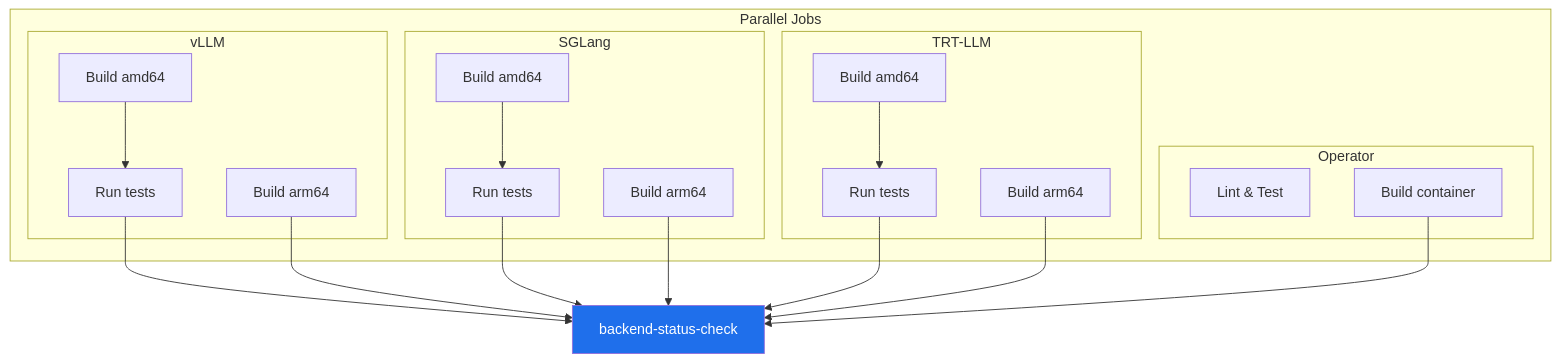
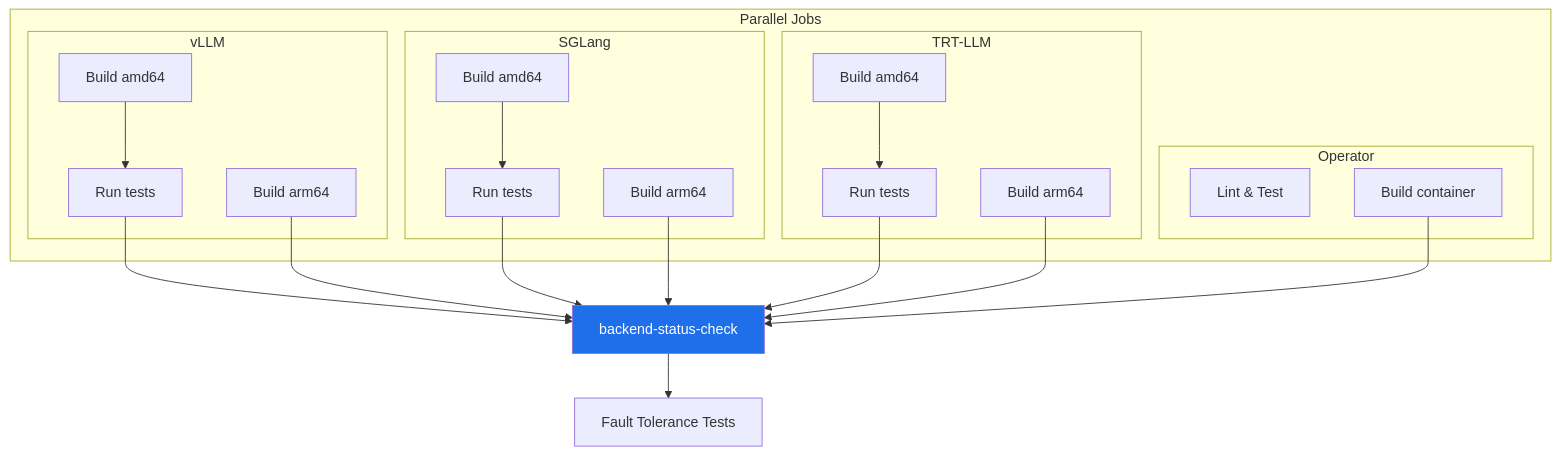
One commit to ai-dynamo/dynamo changed the third of 5 diagrams in .github/PR_WORKFLOW.md. Above: the diagram before and after it, drawn with Mermaid. The commit also changed other lines of this file and 2 other files, not shown here.

````diff
--- a/.github/PR_WORKFLOW.md
+++ b/.github/PR_WORKFLOW.md
@@ -74,28 +77,29 @@
 ```mermaid
 flowchart TD
     subgraph Parallel["Parallel Jobs"]
         subgraph vLLM["vLLM"]
             V1[Build amd64] --> V2[Run tests]
             V3[Build arm64]
         end
         
         subgraph SGLang["SGLang"]
             S1[Build amd64] --> S2[Run tests]
             S3[Build arm64]
         end
         
         subgraph TRT["TRT-LLM"]
             T1[Build amd64] --> T2[Run tests]
             T3[Build arm64]
         end
         
         subgraph Operator["Operator"]
             O1[Lint & Test]
             O2[Build container]
         end
     end
     
     V2 & V3 & S2 & S3 & T2 & T3 & O2 --> Check[backend-status-check]
+    Check --> FT[Fault Tolerance Tests]
     
     style Check fill:#1f6feb,color:#fff
 ```
````
